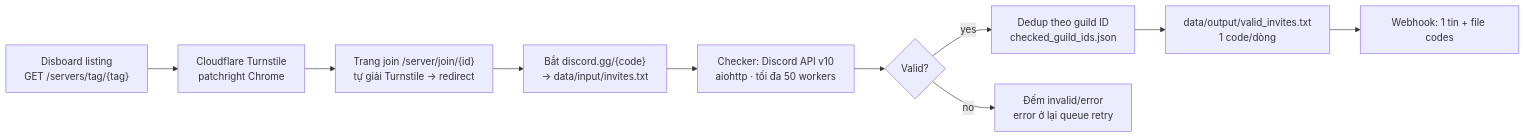
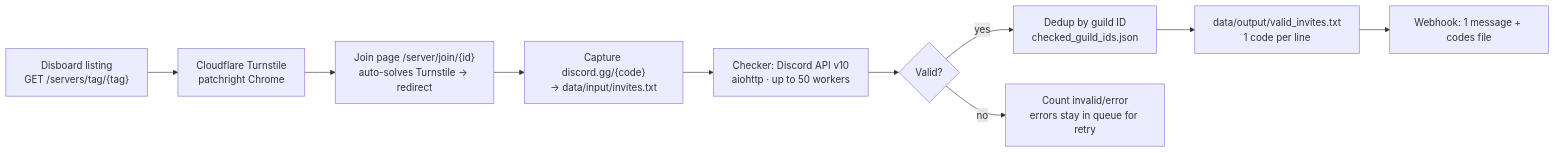
Before and after one commit to NoxoFusion/Invite-gen-checker: the diagram in README.md, drawn with Mermaid. The commit also changed other lines of this file and 1 other file, not shown here.

````diff
--- a/README.md
+++ b/README.md
@@ -129,12 +128,12 @@
 ```mermaid
 flowchart LR
     A["Disboard listing<br/>GET /servers/tag/{tag}"] --> B["Cloudflare Turnstile<br/>patchright Chrome"]
-    B --> C["Trang join /server/join/{id}<br/>tự giải Turnstile → redirect"]
-    C --> D["Bắt discord.gg/{code}<br/>→ data/input/invites.txt"]
-    D --> E["Checker: Discord API v10<br/>aiohttp · tối đa 50 workers"]
+    B --> C["Join page /server/join/{id}<br/>auto-solves Turnstile → redirect"]
+    C --> D["Capture discord.gg/{code}<br/>→ data/input/invites.txt"]
+    D --> E["Checker: Discord API v10<br/>aiohttp · up to 50 workers"]
     E --> F{"Valid?"}
-    F -- "yes" --> G["Dedup theo guild ID<br/>checked_guild_ids.json"]
-    F -- "no" --> H["Đếm invalid/error<br/>error ở lại queue retry"]
-    G --> I["data/output/valid_invites.txt<br/>1 code/dòng"]
-    I --> J["Webhook: 1 tin + file codes"]
+    F -- "yes" --> G["Dedup by guild ID<br/>checked_guild_ids.json"]
+    F -- "no" --> H["Count invalid/error<br/>errors stay in queue for retry"]
+    G --> I["data/output/valid_invites.txt<br/>1 code per line"]
+    I --> J["Webhook: 1 message + codes file"]
 ```
````
